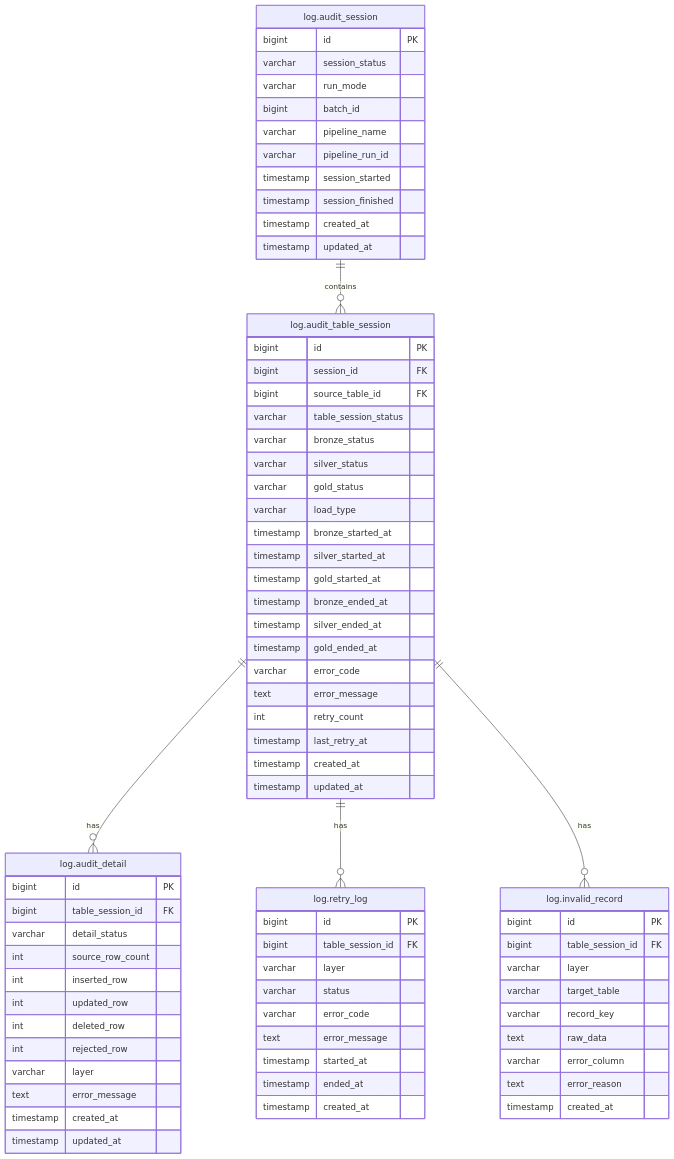
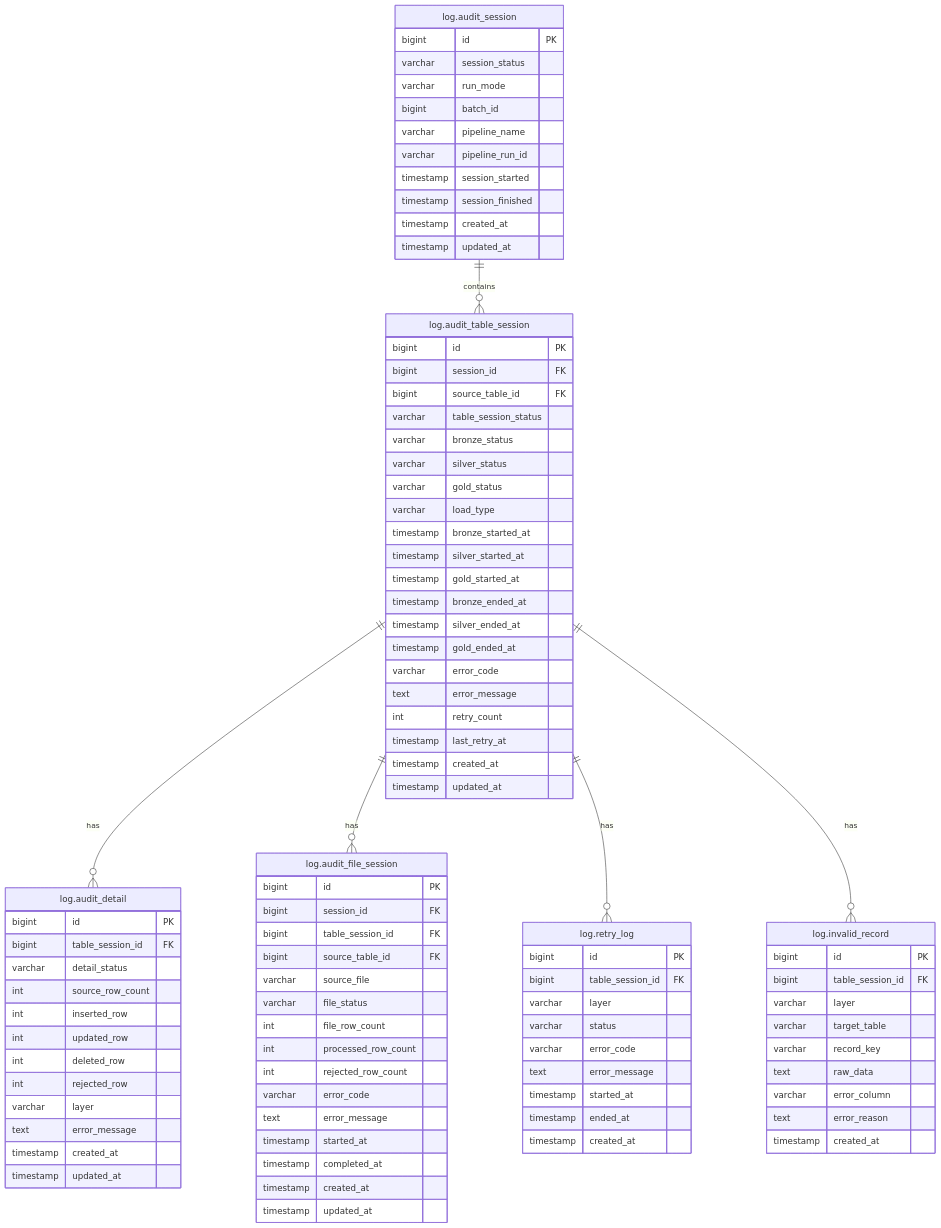
One commit to anhtnt90dev/rookies-data-dn-2026 changed the second of 2 diagrams in docs/architecture/team-1/data-workflow-control-strategy.md. Above: the diagram before and after it, drawn with Mermaid. The commit also changed other lines of this file, not shown here.

Commit message:
docs: add file-level audit and recovery strategy

```diff
--- a/docs/architecture/team-1/data-workflow-control-strategy.md
+++ b/docs/architecture/team-1/data-workflow-control-strategy.md
@@ -165,6 +165,7 @@
 erDiagram
     log.audit_session ||--o{ log.audit_table_session : contains
     log.audit_table_session ||--o{ log.audit_detail : has
+    log.audit_table_session ||--o{ log.audit_file_session : has
     log.audit_table_session ||--o{ log.retry_log : has
     log.audit_table_session ||--o{ log.invalid_record : has
 
@@ -219,6 +220,24 @@
         timestamp updated_at
     }
 
+    log.audit_file_session {
+        bigint id PK
+        bigint session_id FK
+        bigint table_session_id FK
+        bigint source_table_id FK
+        varchar source_file
+        varchar file_status
+        int file_row_count
+        int processed_row_count
+        int rejected_row_count
+        varchar error_code
+        text error_message
+        timestamp started_at
+        timestamp completed_at
+        timestamp created_at
+        timestamp updated_at
+    }
+
     log.retry_log {
         bigint id PK
         bigint table_session_id FK
```
